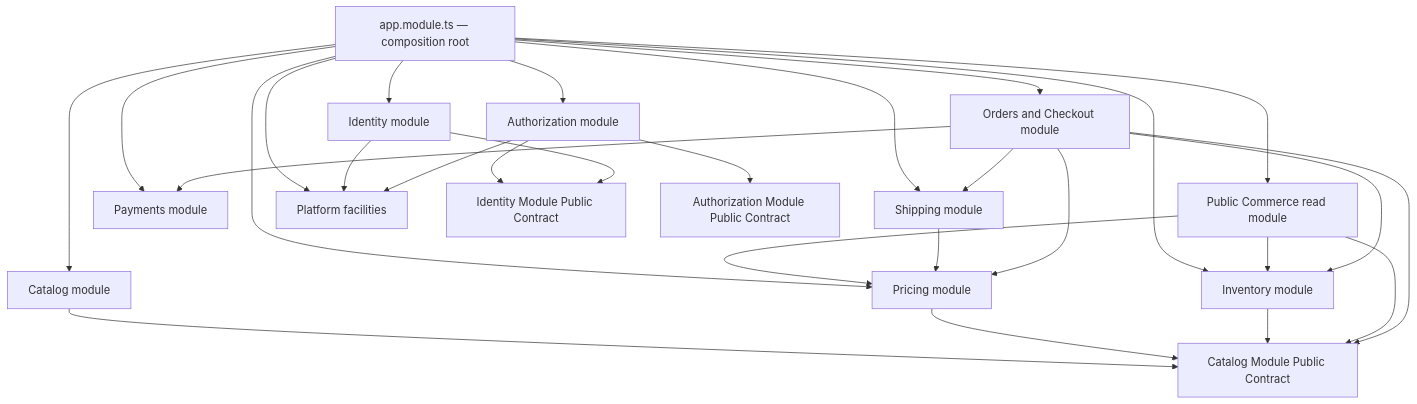
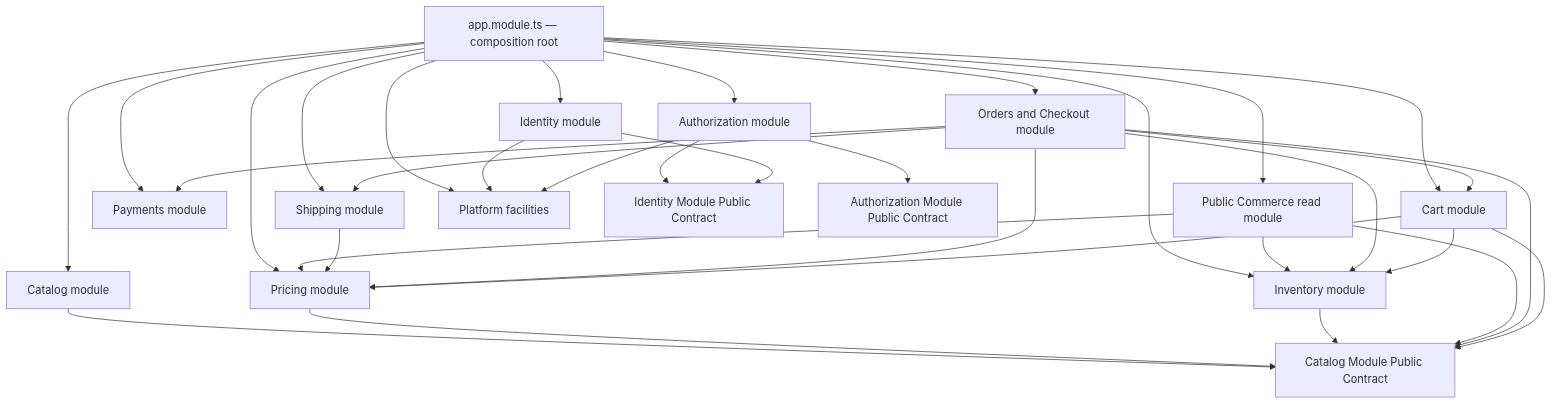
Before and after one commit to alireza-constantin/better-commerce: the first of 2 diagrams in docs/architecture/module-map.md, drawn with Mermaid. The commit also changed other lines of this file and 38 other files, not shown here.

````diff
--- a/docs/architecture/module-map.md
+++ b/docs/architecture/module-map.md
@@ -89,45 +90,51 @@
 ```mermaid
 flowchart TD
     Composition["app.module.ts — composition root"]
     Identity["Identity module"]
     Authorization["Authorization module"]
     Catalog["Catalog module"]
     Pricing["Pricing module"]
     Inventory["Inventory module"]
     Shipping["Shipping module"]
     Payments["Payments module"]
+    Cart["Cart module"]
     Orders["Orders and Checkout module"]
     PublicCommerce["Public Commerce read module"]
     Platform["Platform facilities"]
     IdentityContract["Identity Module Public Contract"]
     AuthorizationContract["Authorization Module Public Contract"]
     CatalogContract["Catalog Module Public Contract"]
 
     Composition --> Identity
     Composition --> Authorization
     Composition --> Catalog
     Composition --> Pricing
     Composition --> Inventory
     Composition --> Shipping
     Composition --> Payments
+    Composition --> Cart
     Composition --> Orders
     Composition --> PublicCommerce
     Composition --> Platform
     Authorization --> IdentityContract
     Identity --> Platform
     Authorization --> Platform
     Identity --> IdentityContract
     Authorization --> AuthorizationContract
     Catalog --> CatalogContract
     Pricing --> CatalogContract
     Inventory --> CatalogContract
     PublicCommerce --> CatalogContract
     PublicCommerce --> Pricing
     PublicCommerce --> Inventory
     Shipping --> Pricing
     Orders --> CatalogContract
     Orders --> Pricing
     Orders --> Inventory
     Orders --> Shipping
     Orders --> Payments
+    Cart --> CatalogContract
+    Cart --> Pricing
+    Cart --> Inventory
+    Orders --> Cart
 ```
````
